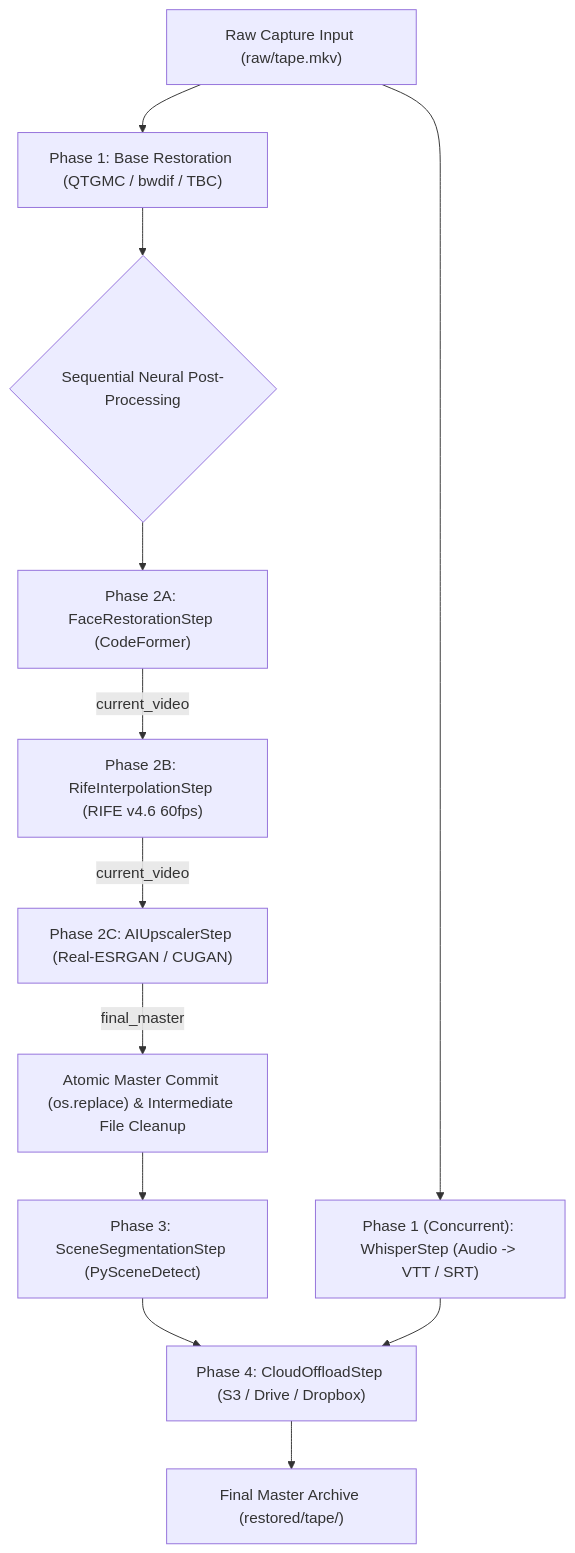
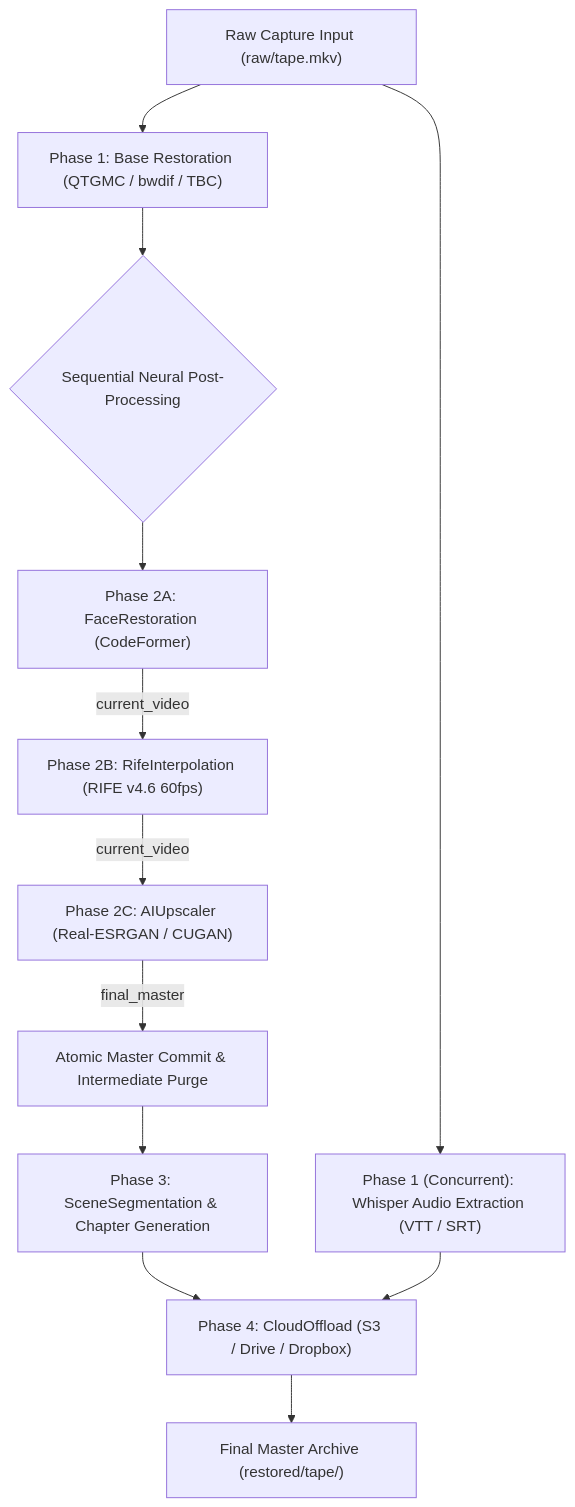
Before and after one commit to orgchrono/vhs-capture-scripts: the second of 2 diagrams in docs/ARCHITECTURE.md, drawn with Mermaid. The commit also changed other lines of this file and 12 other files, not shown here.

Commit message:
docs: harmonize documentation with 100% native Rust architecture and enable browser auto-launch

````diff
--- a/docs/ARCHITECTURE.md
+++ b/docs/ARCHITECTURE.md
@@ -82,18 +77,18 @@
 ```mermaid
 flowchart TD
     RawInput["Raw Capture Input (raw/tape.mkv)"] --> BaseRestore["Phase 1: Base Restoration (QTGMC / bwdif / TBC)"]
-    RawInput --> WhisperTask["Phase 1 (Concurrent): WhisperStep (Audio -> VTT / SRT)"]
+    RawInput --> WhisperTask["Phase 1 (Concurrent): Whisper Audio Extraction (VTT / SRT)"]
     
     BaseRestore --> PostCheck{"Sequential Neural Post-Processing"}
     
-    PostCheck --> FaceRestore["Phase 2A: FaceRestorationStep (CodeFormer)"]
-    FaceRestore -->|"current_video"| RifeTask["Phase 2B: RifeInterpolationStep (RIFE v4.6 60fps)"]
-    RifeTask -->|"current_video"| UpscaleTask["Phase 2C: AIUpscalerStep (Real-ESRGAN / CUGAN)"]
+    PostCheck --> FaceRestore["Phase 2A: FaceRestoration (CodeFormer)"]
+    FaceRestore -->|"current_video"| RifeTask["Phase 2B: RifeInterpolation (RIFE v4.6 60fps)"]
+    RifeTask -->|"current_video"| UpscaleTask["Phase 2C: AIUpscaler (Real-ESRGAN / CUGAN)"]
     
-    UpscaleTask -->|"final_master"| CommitMaster["Atomic Master Commit (os.replace) & Intermediate File Cleanup"]
+    UpscaleTask -->|"final_master"| CommitMaster["Atomic Master Commit & Intermediate Purge"]
     
-    CommitMaster --> SceneSplit["Phase 3: SceneSegmentationStep (PySceneDetect)"]
-    SceneSplit --> CloudSync["Phase 4: CloudOffloadStep (S3 / Drive / Dropbox)"]
+    CommitMaster --> SceneSplit["Phase 3: SceneSegmentation & Chapter Generation"]
+    SceneSplit --> CloudSync["Phase 4: CloudOffload (S3 / Drive / Dropbox)"]
     WhisperTask --> CloudSync
     CloudSync --> FinalOutput["Final Master Archive (restored/tape/)"]
 ```
````
